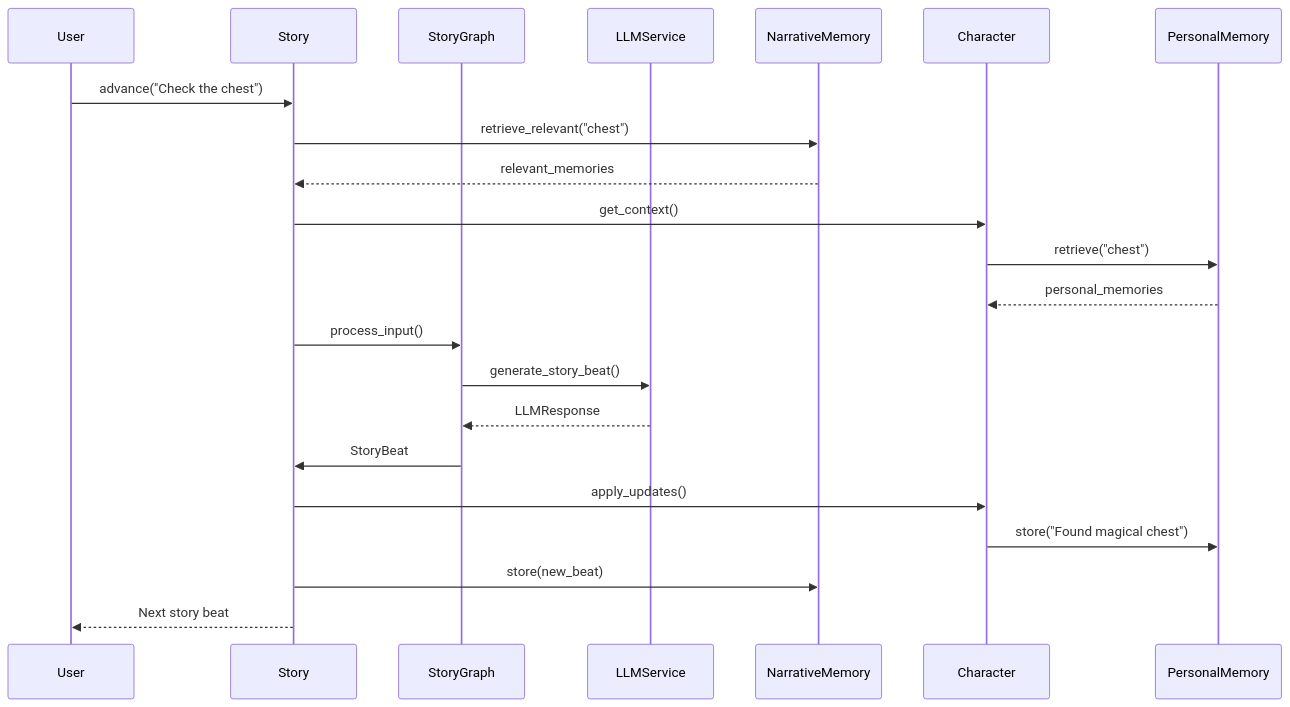
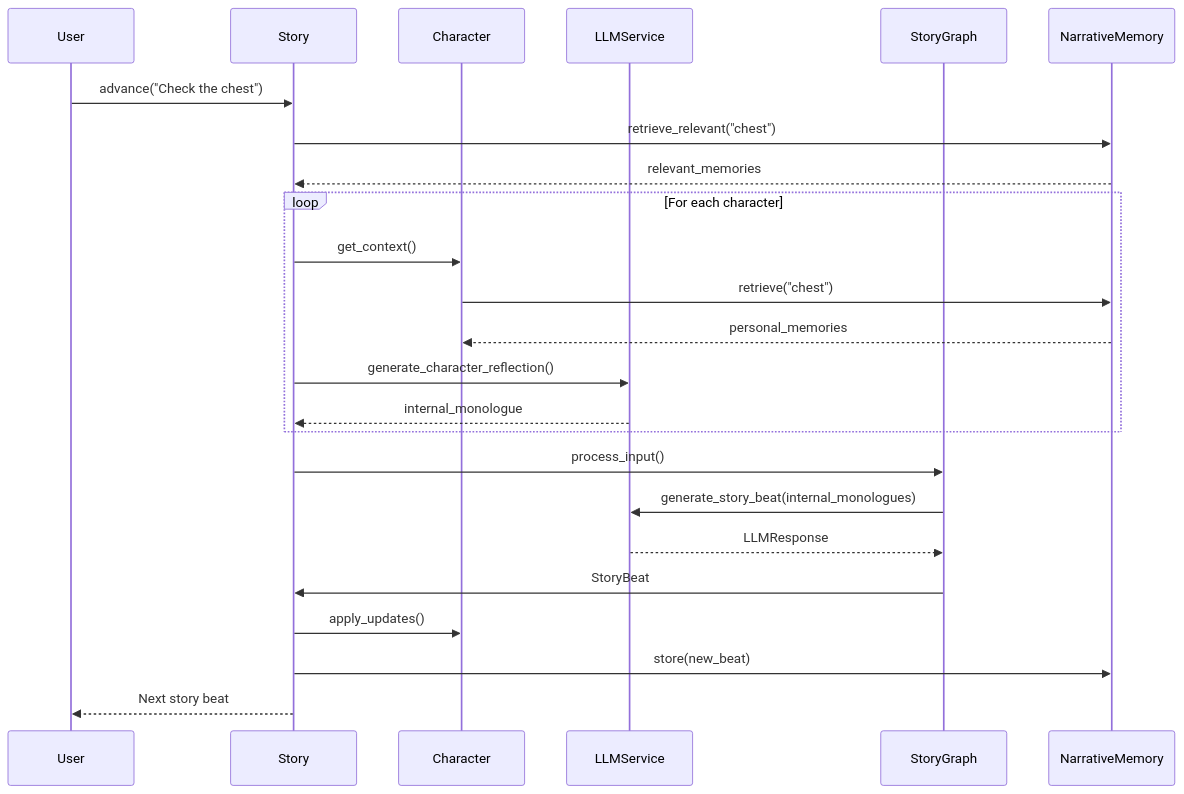
One commit to kodackx/echo-forge-ai changed the second of 2 diagrams in README.md. Above: the diagram before and after it, drawn with Mermaid. The commit also changed other lines of this file and 2 other files, not shown here.

Commit message:
add character reflection, characters as agents

````diff
--- a/README.md
+++ b/README.md
@@ -167,25 +168,29 @@
 ```mermaid
 sequenceDiagram
     participant User
     participant Story
+    participant Character
+    participant LLMService
     participant StoryGraph
-    participant LLMService
     participant NarrativeMemory
-    participant Character
-    participant PersonalMemory
     
     User->>Story: advance("Check the chest")
     Story->>NarrativeMemory: retrieve_relevant("chest")
     NarrativeMemory-->>Story: relevant_memories
-    Story->>Character: get_context()
-    Character->>PersonalMemory: retrieve("chest")
-    PersonalMemory-->>Character: personal_memories
+    
+    loop For each character
+        Story->>Character: get_context()
+        Character->>NarrativeMemory: retrieve("chest")
+        NarrativeMemory-->>Character: personal_memories
+        Story->>LLMService: generate_character_reflection()
+        LLMService-->>Story: internal_monologue
+    end
+    
     Story->>StoryGraph: process_input()
-    StoryGraph->>LLMService: generate_story_beat()
+    StoryGraph->>LLMService: generate_story_beat(internal_monologues)
     LLMService-->>StoryGraph: LLMResponse
     StoryGraph->>Story: StoryBeat
     Story->>Character: apply_updates()
-    Character->>PersonalMemory: store("Found magical chest")
     Story->>NarrativeMemory: store(new_beat)
     Story-->>User: Next story beat
 ```
````
